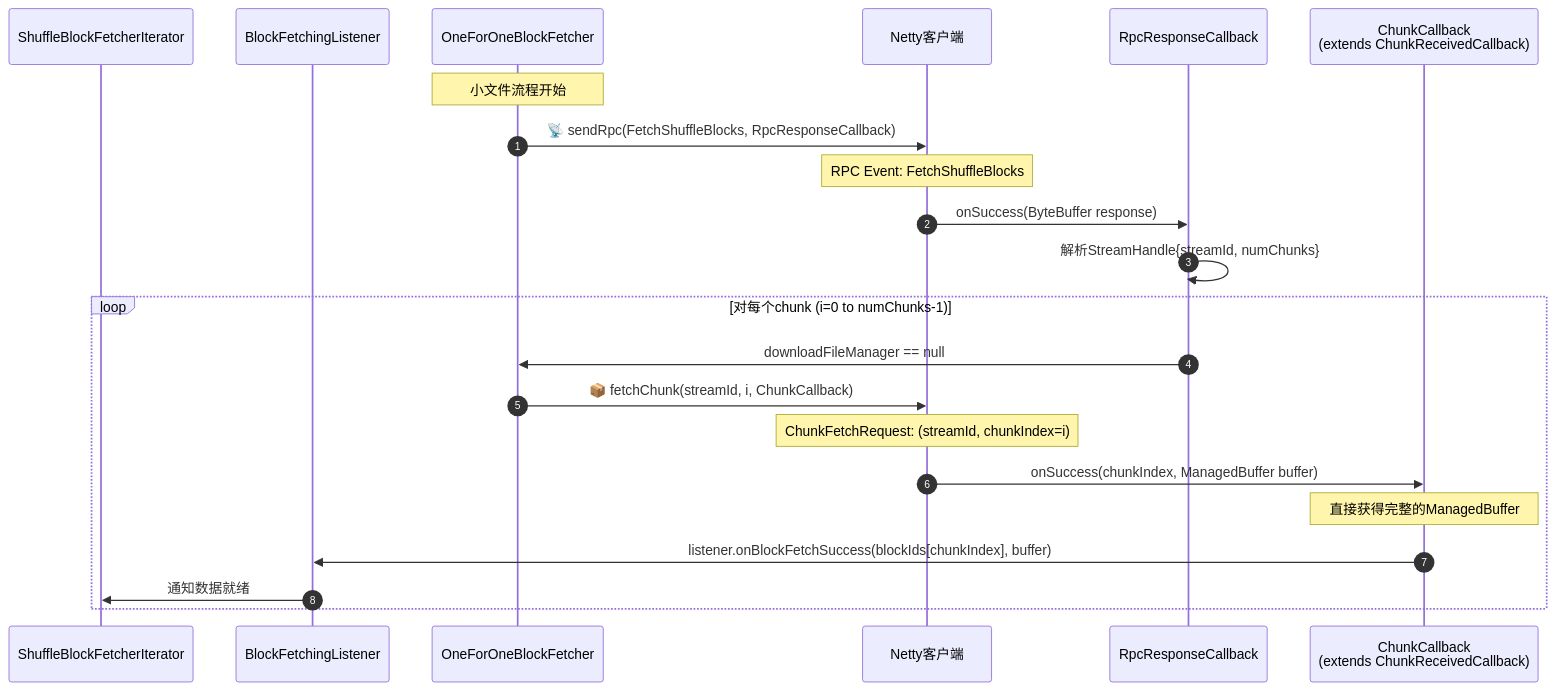
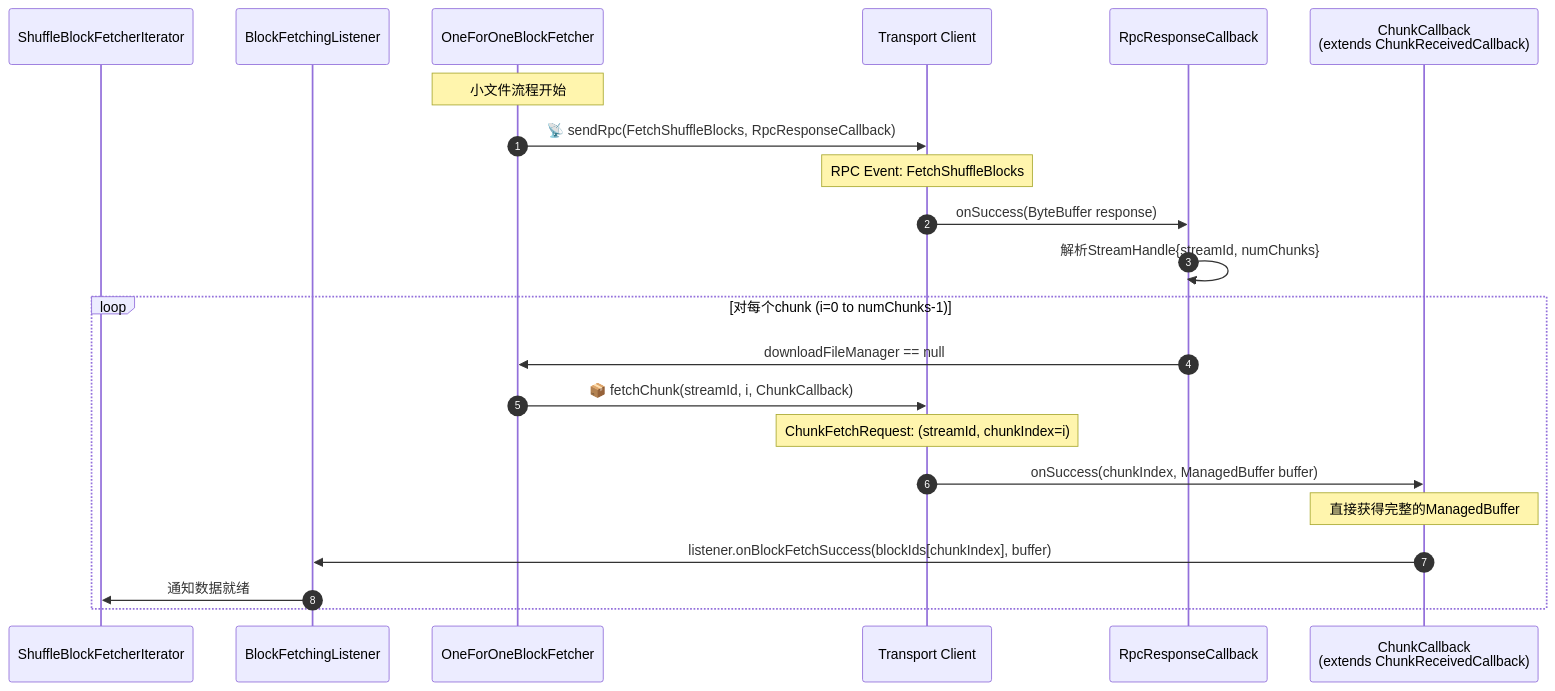
Before and after one commit to juntaozhang/juntaozhang.github.io: the tenth of 17 diagrams in spark/spark3.3.1/task_execution.md, drawn with Mermaid. The commit also changed other lines of this file, not shown here.

````diff
--- a/spark/spark3.3.1/task_execution.md
+++ b/spark/spark3.3.1/task_execution.md
@@ -778,30 +818,30 @@
 ```mermaid
 sequenceDiagram
     autonumber
     participant SBFI as ShuffleBlockFetcherIterator
     participant BFL as BlockFetchingListener
     participant OOFBF as OneForOneBlockFetcher
-    participant Client as Netty客户端
+    participant Client as Transport Client
     participant RpcCB as RpcResponseCallback
     participant ChunkCB as ChunkCallback<br/>(extends ChunkReceivedCallback)
 
     Note over OOFBF: 小文件流程开始
 
     %% 第一次交互：RPC获取StreamHandle
     OOFBF->>Client: 📡 sendRpc(FetchShuffleBlocks, RpcResponseCallback)
     Note over Client: RPC Event: FetchShuffleBlocks
     Client->>RpcCB: onSuccess(ByteBuffer response)
     RpcCB->>RpcCB: 解析StreamHandle{streamId, numChunks}
 
     %% 第二次交互：Chunk数据获取
     loop 对每个chunk (i=0 to numChunks-1)
         RpcCB->>OOFBF: downloadFileManager == null
         OOFBF->>Client: 📦 fetchChunk(streamId, i, ChunkCallback)
         Note over Client: ChunkFetchRequest: (streamId, chunkIndex=i)
 
         Client->>ChunkCB: onSuccess(chunkIndex, ManagedBuffer buffer)
         Note over ChunkCB: 直接获得完整的ManagedBuffer
         ChunkCB->>BFL: listener.onBlockFetchSuccess(blockIds[chunkIndex], buffer)
         BFL->>SBFI: 通知数据就绪
     end
 ```
````
